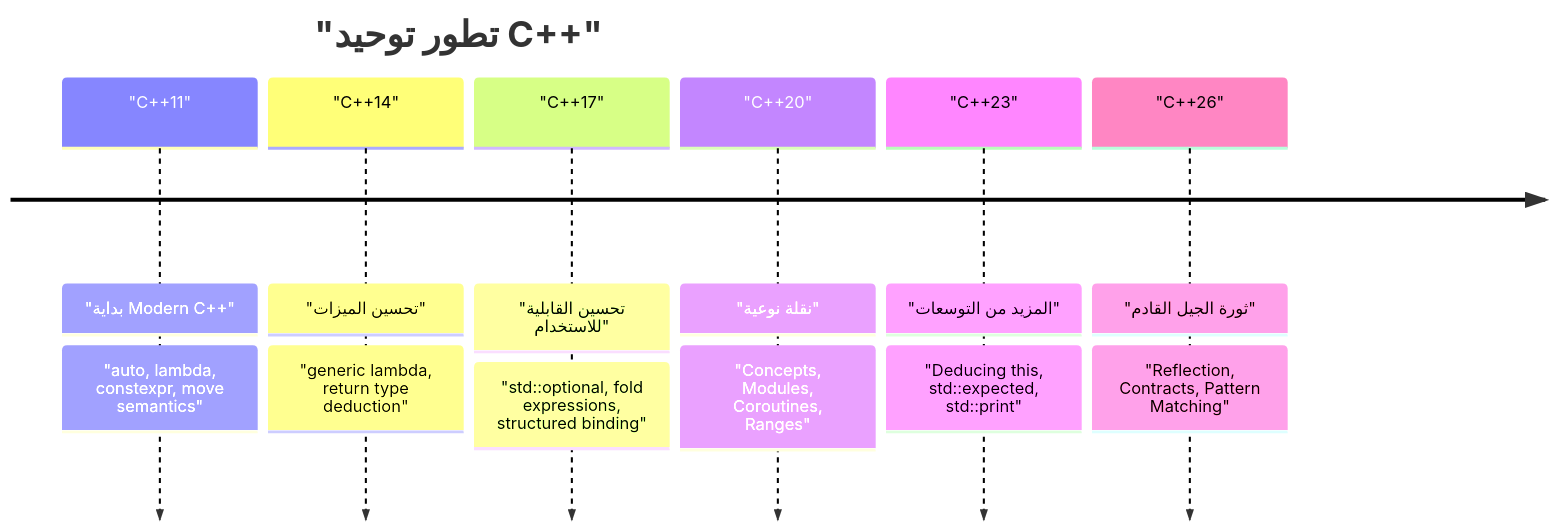
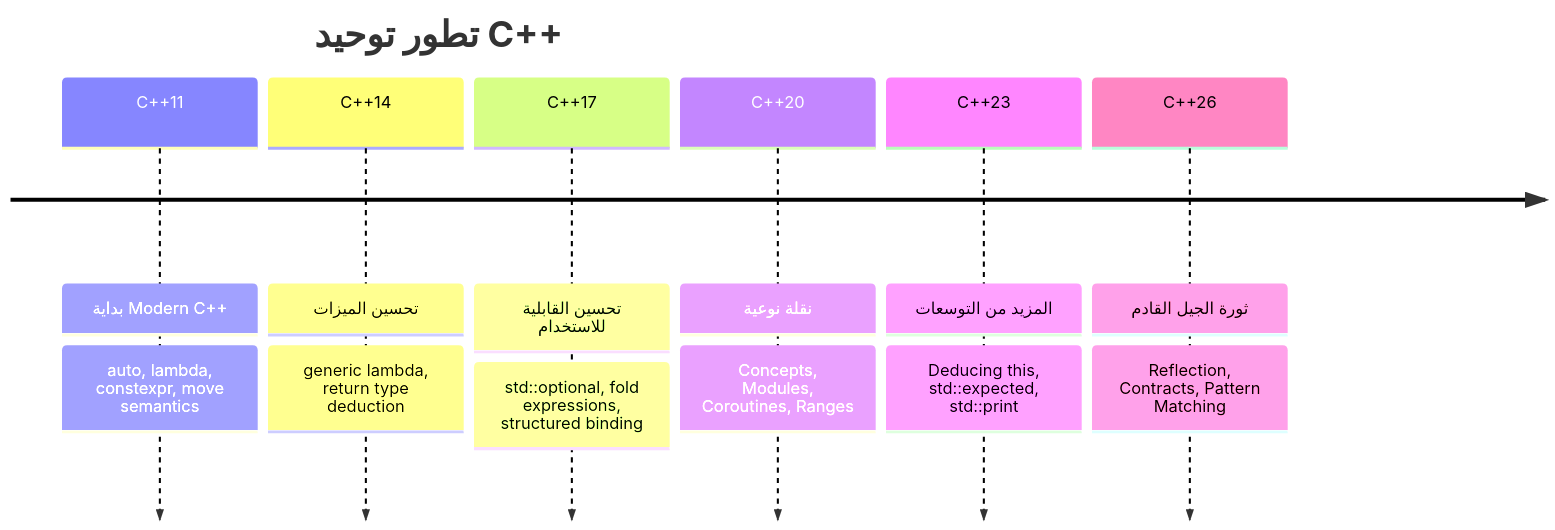
One commit to kenjinote/blog changed the first of 4 diagrams in content/post/cpp26新機能/index.ar.md. Above: the diagram before and after it, drawn with Mermaid. The commit also changed other lines of this file and 703 other files, not shown here.

Commit message:
Fix: Remove quotes from Mermaid link texts and timeline definitions to support Mermaid 11.4.1

````diff
--- a/content/post/cpp26新機能/index.ar.md
+++ b/content/post/cpp26新機能/index.ar.md
@@ -20,10 +20,10 @@
 ```mermaid
 timeline
-    title "تطور توحيد C++"
-    "C++11" : "بداية Modern C++" : "auto, lambda, constexpr, move semantics"
-    "C++14" : "تحسين الميزات" : "generic lambda, return type deduction"
-    "C++17" : "تحسين القابلية للاستخدام" : "std::optional, fold expressions, structured binding"
-    "C++20" : "نقلة نوعية" : "Concepts, Modules, Coroutines, Ranges"
-    "C++23" : "المزيد من التوسعات" : "Deducing this, std::expected, std::print"
-    "C++26" : "ثورة الجيل القادم" : "Reflection, Contracts, Pattern Matching"
+    title تطور توحيد C++
+    C++11 : بداية Modern C++ : auto, lambda, constexpr, move semantics
+    C++14 : تحسين الميزات : generic lambda, return type deduction
+    C++17 : تحسين القابلية للاستخدام : std::optional, fold expressions, structured binding
+    C++20 : نقلة نوعية : Concepts, Modules, Coroutines, Ranges
+    C++23 : المزيد من التوسعات : Deducing this, std::expected, std::print
+    C++26 : ثورة الجيل القادم : Reflection, Contracts, Pattern Matching
 ```
````
